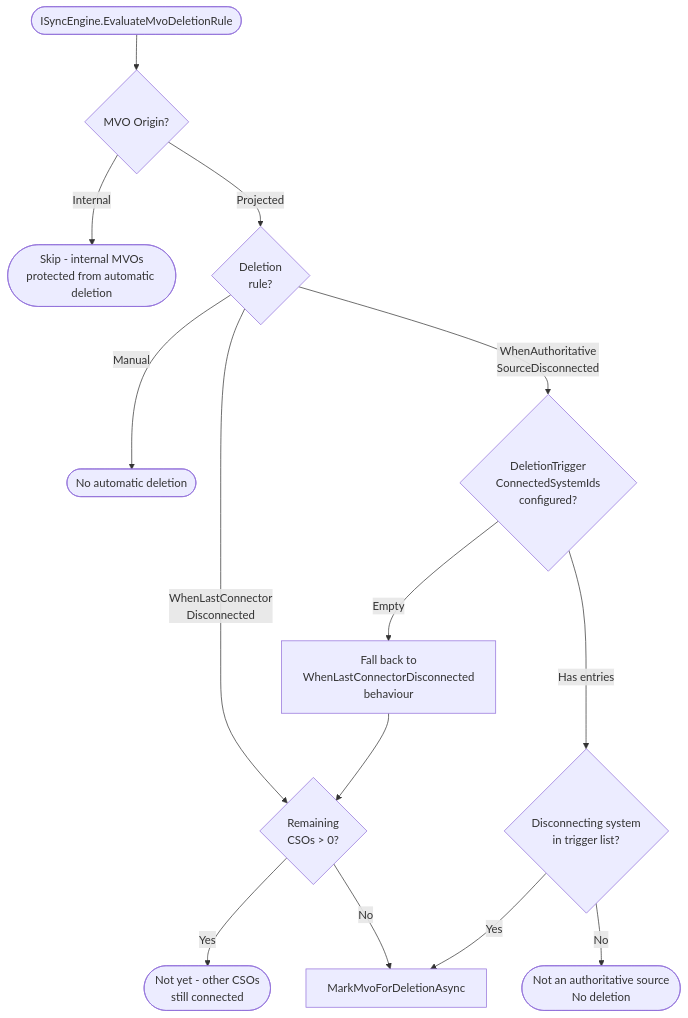
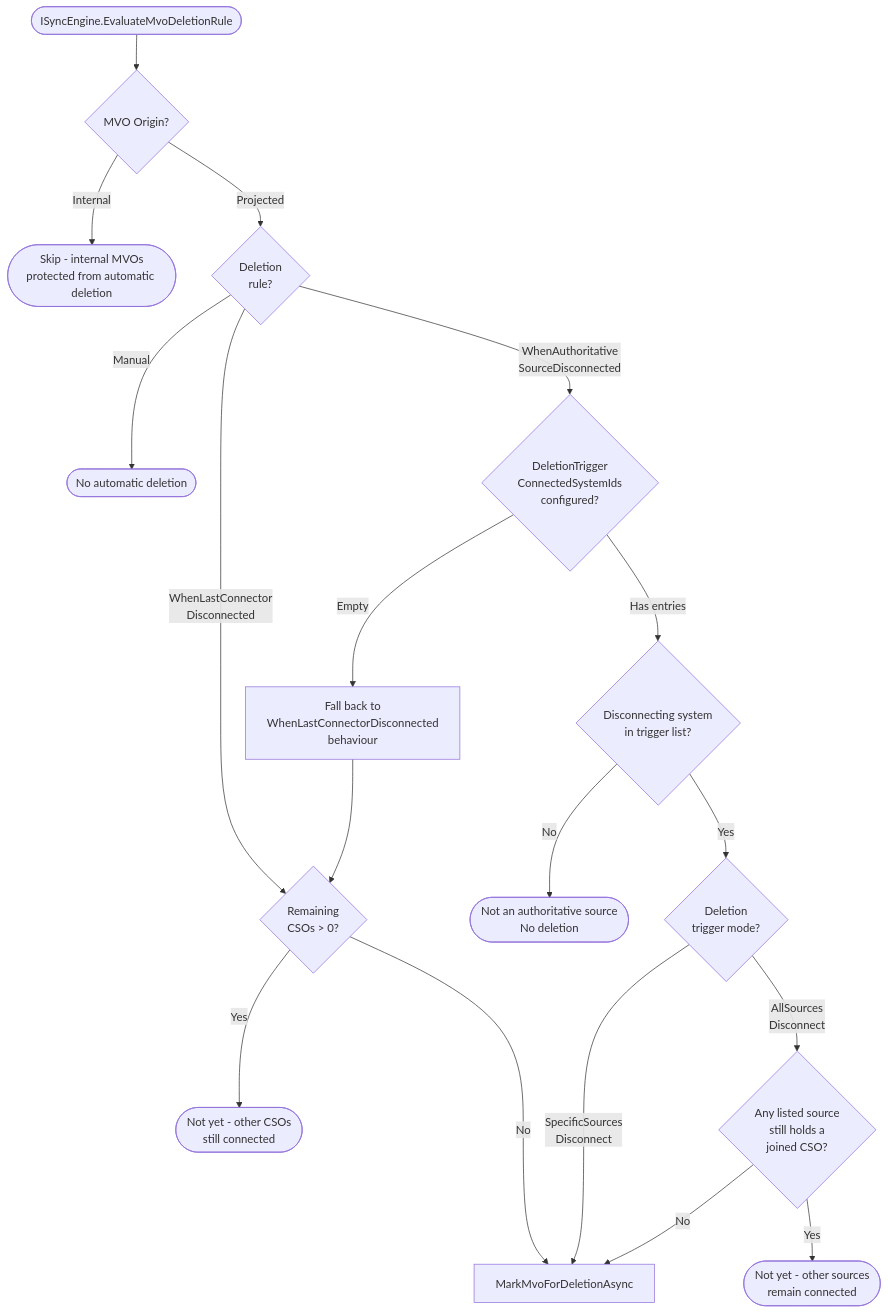
Before and after one commit to TetronIO/JIM: the second of 7 diagrams in docs/developer/diagrams/MVO_DELETION_AND_GRACE_PERIOD.md, drawn with Mermaid. The commit also changed other lines of this file and 6 other files, not shown here.

First line of the commit message:
docs(deletion): trigger modes integration scenario, diagrams, admin docs, changelog (#119)

````diff
--- a/docs/developer/diagrams/MVO_DELETION_AND_GRACE_PERIOD.md
+++ b/docs/developer/diagrams/MVO_DELETION_AND_GRACE_PERIOD.md
@@ -40,21 +53,26 @@
 ```mermaid
 flowchart TD
     Start([ISyncEngine.EvaluateMvoDeletionRule]) --> CheckOrigin{MVO Origin?}
     CheckOrigin -->|Internal| Protected([Skip - internal MVOs<br/>protected from automatic deletion])
 
     CheckOrigin -->|Projected| GetRule{Deletion<br/>rule?}
 
     GetRule -->|Manual| NoAction([No automatic deletion])
 
     GetRule -->|WhenLastConnector<br/>Disconnected| CheckRemaining{Remaining<br/>CSOs > 0?}
     CheckRemaining -->|Yes| NoActionYet([Not yet - other CSOs<br/>still connected])
     CheckRemaining -->|No| MarkForDeletion[MarkMvoForDeletionAsync]
 
     GetRule -->|WhenAuthoritative<br/>SourceDisconnected| CheckTriggers{DeletionTrigger<br/>ConnectedSystemIds<br/>configured?}
     CheckTriggers -->|Empty| FallbackRule[Fall back to<br/>WhenLastConnectorDisconnected<br/>behaviour]
     FallbackRule --> CheckRemaining
 
     CheckTriggers -->|Has entries| IsAuthSource{Disconnecting system<br/>in trigger list?}
     IsAuthSource -->|No| NoAction2([Not an authoritative source<br/>No deletion])
-    IsAuthSource -->|Yes| MarkForDeletion
+    IsAuthSource -->|Yes| CheckMode{Deletion<br/>trigger mode?}
+
+    CheckMode -->|SpecificSources<br/>Disconnect| MarkForDeletion
+    CheckMode -->|AllSources<br/>Disconnect| AnySourceLeft{Any listed source<br/>still holds a<br/>joined CSO?}
+    AnySourceLeft -->|Yes| NoAction3([Not yet - other sources<br/>remain connected])
+    AnySourceLeft -->|No| MarkForDeletion
 ```
````
